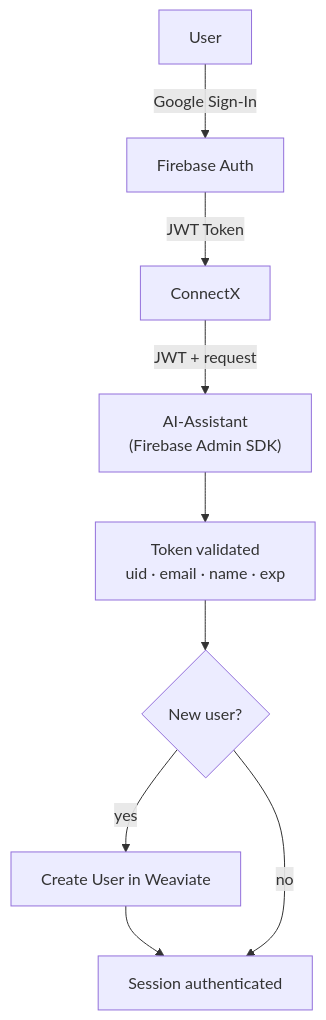
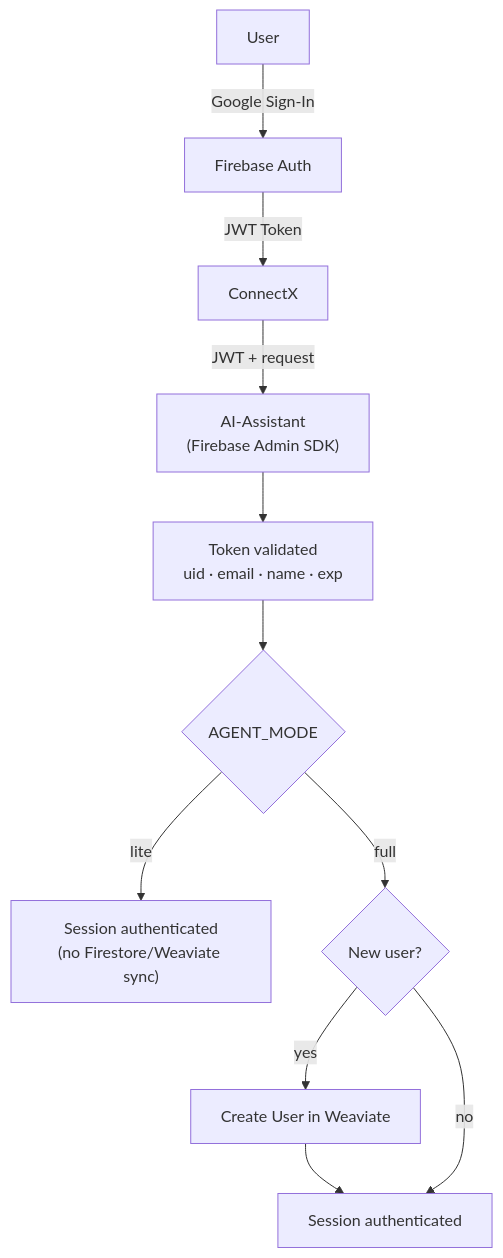
One commit to Fides-Connect/linkora changed the tenth of 10 diagrams in docs/architecture.md. Above: the diagram before and after it, drawn with Mermaid. The commit also changed other lines of this file and 2 other files, not shown here.

Commit message:
Apply suggestions from code review

````diff
--- a/docs/architecture.md
+++ b/docs/architecture.md
@@ -415,10 +417,12 @@
 ```mermaid
 flowchart TD
     U[User] -->|"Google Sign-In"| FA["Firebase Auth"]
     FA -->|"JWT Token"| C[ConnectX]
     C -->|"JWT + request"| AV["AI-Assistant\n(Firebase Admin SDK)"]
     AV --> TC["Token validated\nuid · email · name · exp"]
-    TC --> UC{"New user?"}
-    UC -->|yes| WC["Create User in Weaviate"] --> SA["Session authenticated"]
-    UC -->|no| SA
+    TC --> AM{"AGENT_MODE"}
+    AM -->|lite| SA["Session authenticated\n(no Firestore/Weaviate sync)"]
+    AM -->|full| UC{"New user?"}
+    UC -->|yes| WC["Create User in Weaviate"] --> SA2["Session authenticated"]
+    UC -->|no| SA2
 ```
````
